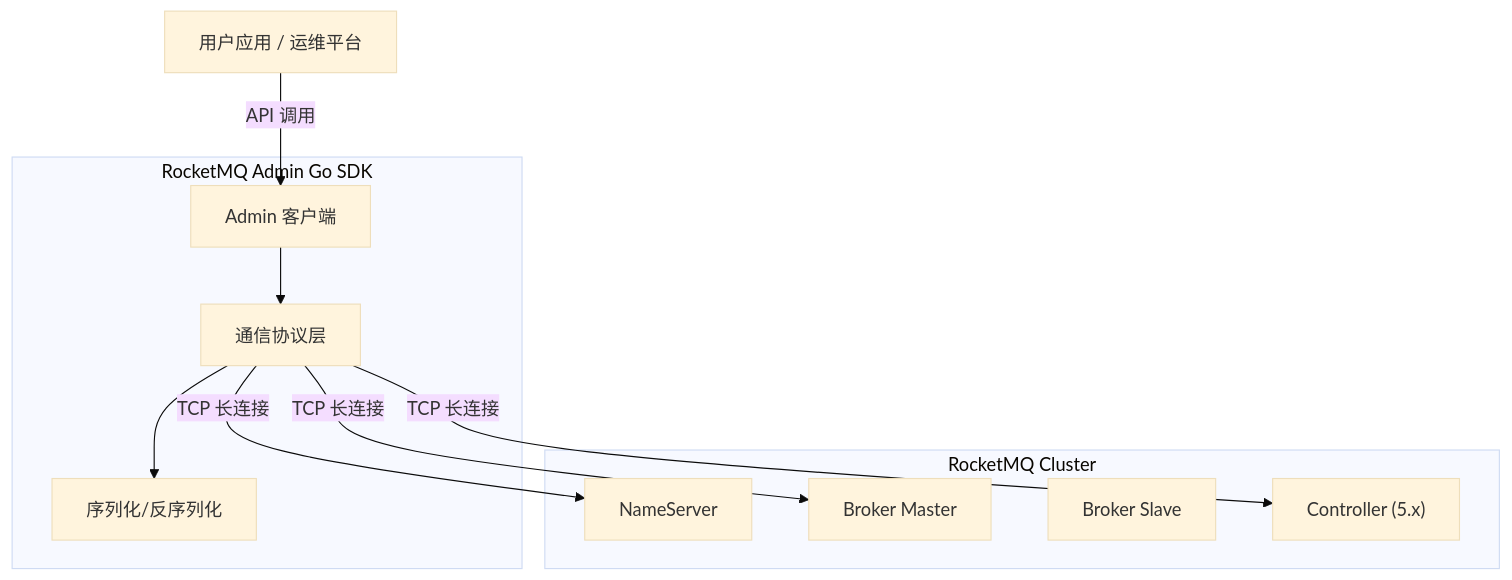
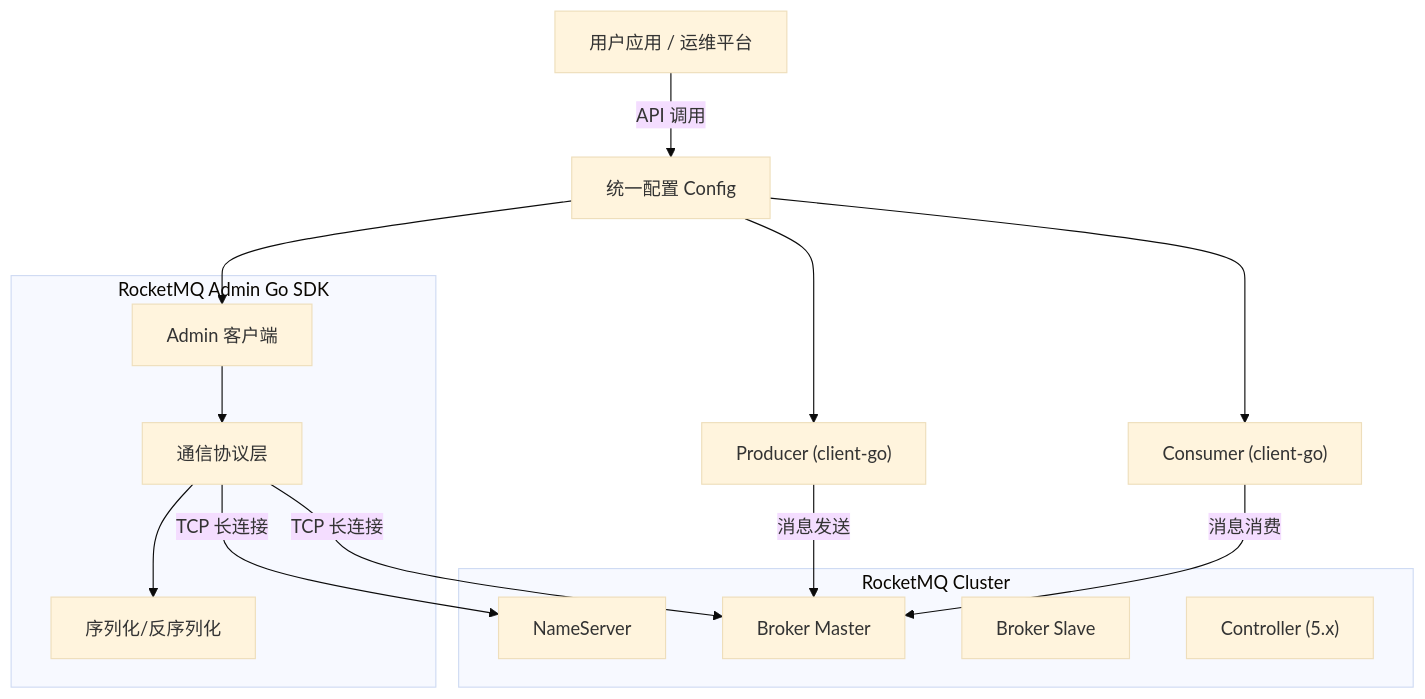
The diagram in README.md (amigoer/rocketmq-admin-go), drawn with Mermaid (base theme) before and after one commit. The commit also changed other lines of this file, not shown here.

First line of the commit message:
docs: document the shared config factory

````diff
--- a/README.md
+++ b/README.md
@@ -106,24 +184,29 @@
 ```mermaid
 graph TD
-    User["用户应用 / 运维平台"] -->|"API 调用"| AdminClient
+    User["用户应用 / 运维平台"] -->|"API 调用"| Config["统一配置 Config"]
+    
+    Config --> AdminClient["Admin 客户端"]
+    Config --> Producer["Producer (client-go)"]
+    Config --> Consumer["Consumer (client-go)"]
     
     subgraph SDK ["RocketMQ Admin Go SDK"]
-        AdminClient["Admin 客户端"]
+        AdminClient
         Remoting["通信协议层"]
         Codec["序列化/反序列化"]
     end
 
     AdminClient --> Remoting
     Remoting --> Codec
     
     subgraph Cluster ["RocketMQ Cluster"]
         NS["NameServer"]
         BrokerMaster["Broker Master"]
         BrokerSlave["Broker Slave"]
         Controller["Controller (5.x)"]
     end
 
     Remoting -->|"TCP 长连接"| NS
     Remoting -->|"TCP 长连接"| BrokerMaster
-    Remoting -->|"TCP 长连接"| Controller
+    Producer -->|"消息发送"| BrokerMaster
+    Consumer -->|"消息消费"| BrokerMaster
 ```
````
